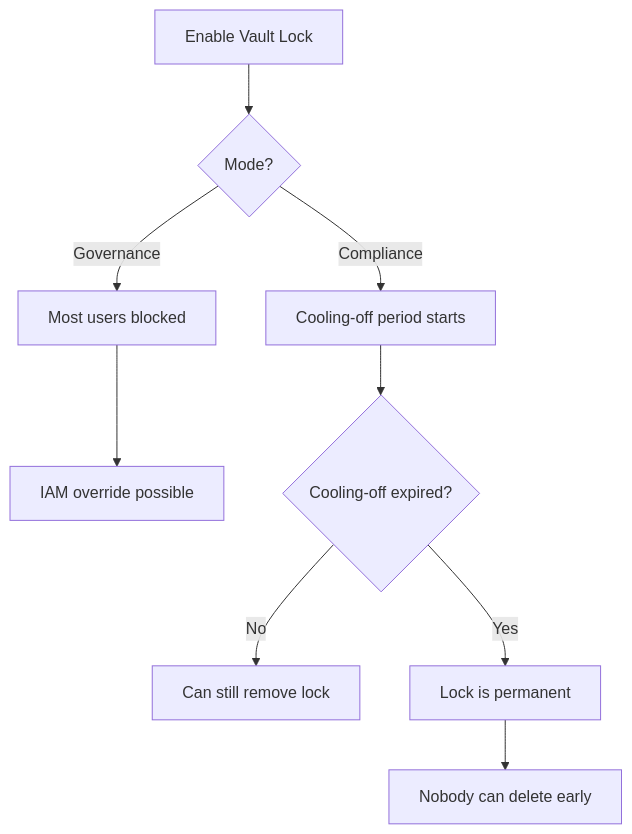
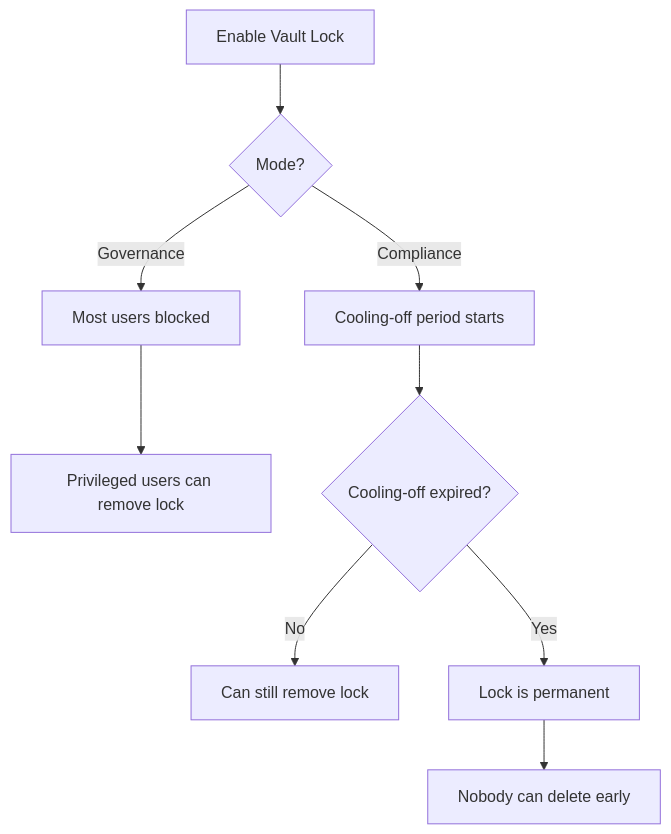
One commit to OneUptime/blog changed the diagram in posts/2026-02-12-configure-aws-backup-vault-lock-compliance/README.md. Above: the diagram before and after it, drawn with Mermaid. The commit also changed other lines of this file and 2 other files, not shown here.

Commit message:
validate: 2026-02-12-configure-aws-backup-vault-lock-compliance

````diff
--- a/posts/2026-02-12-configure-aws-backup-vault-lock-compliance/README.md
+++ b/posts/2026-02-12-configure-aws-backup-vault-lock-compliance/README.md
@@ -23,11 +23,11 @@
 ```mermaid
 graph TD
     A[Enable Vault Lock] --> B{Mode?}
     B -->|Governance| C[Most users blocked]
-    C --> D[IAM override possible]
+    C --> D[Privileged users can remove lock]
     B -->|Compliance| E[Cooling-off period starts]
     E --> F{Cooling-off expired?}
     F -->|No| G[Can still remove lock]
     F -->|Yes| H[Lock is permanent]
     H --> I[Nobody can delete early]
 ```
````
